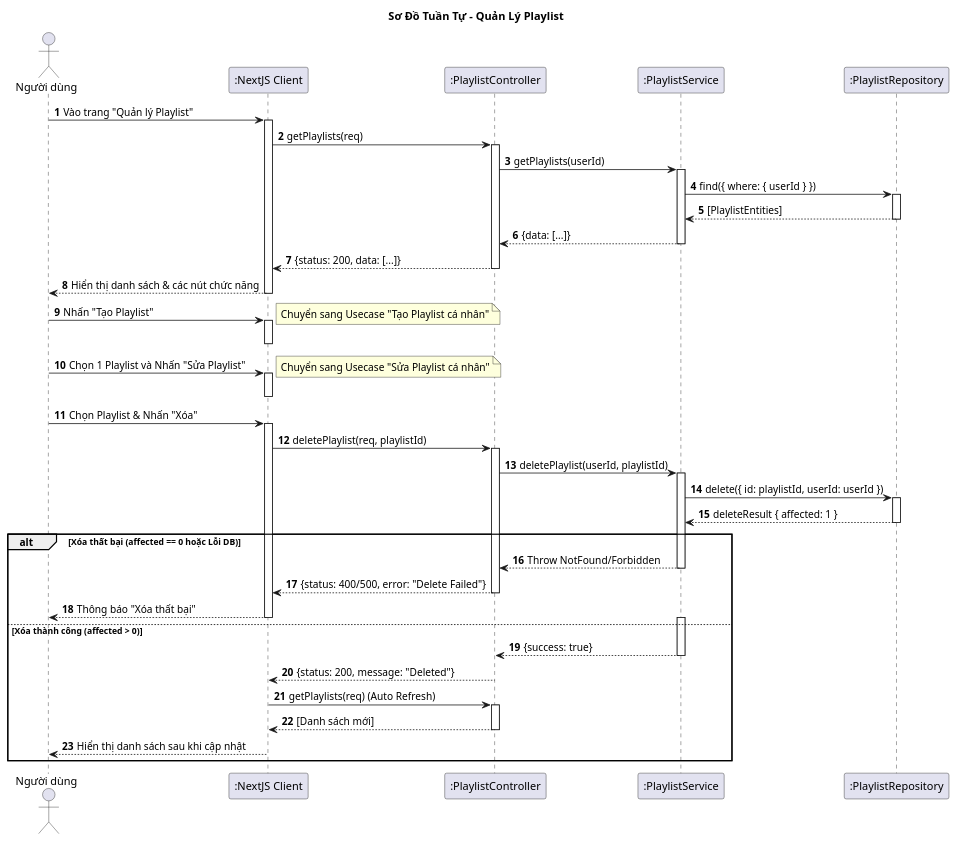
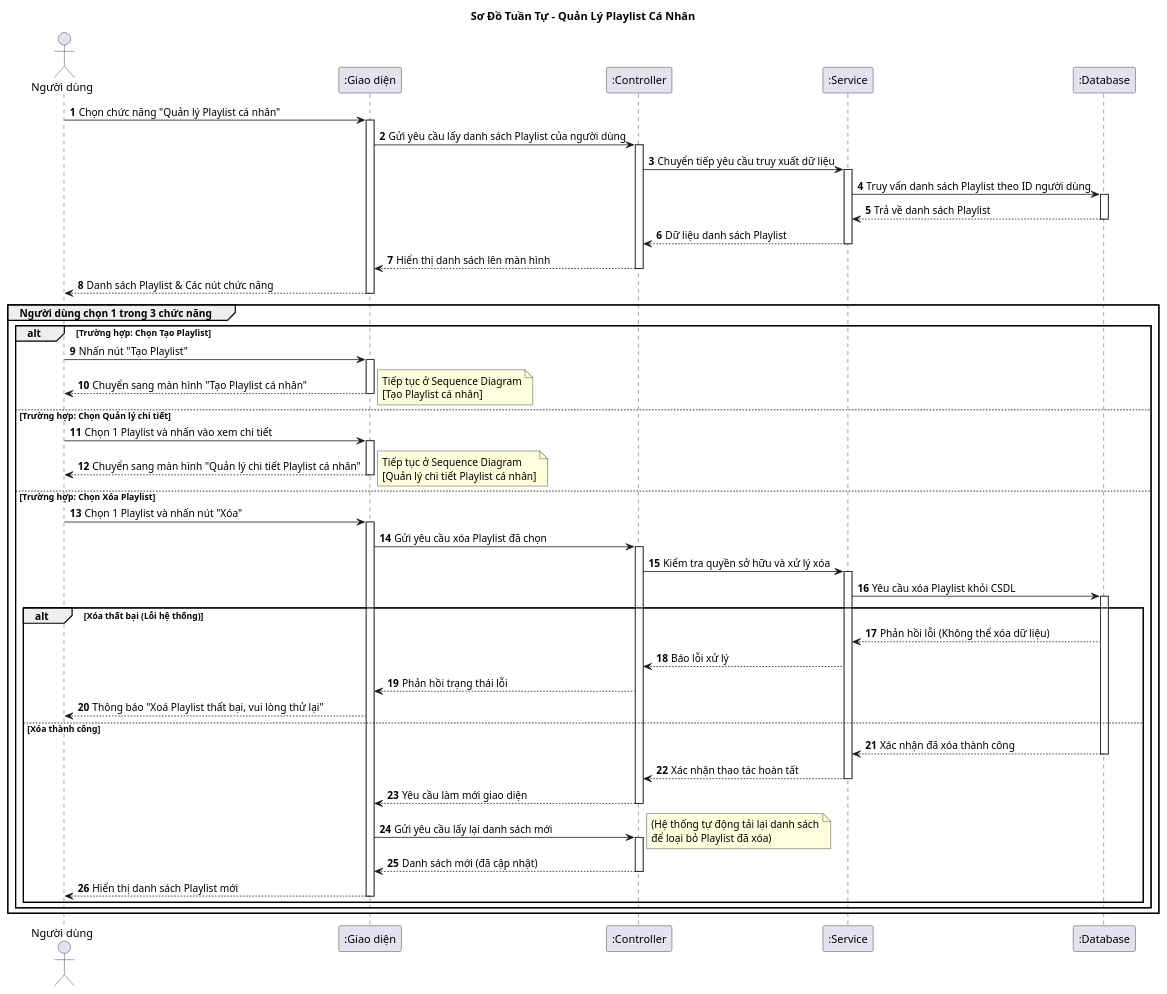
Before and after one commit to vinh047/soundwave: the diagram in Diagrams/SequenceDiagram/ManagePlaylistSD.plantuml, drawn with PlantUML. The commit also changed 37 other files, not shown here.

Commit message:
Sừa BFD, Usecase, Đặc tả, Sequence, Class

```diff
--- a/Diagrams/SequenceDiagram/ManagePlaylistSD.plantuml
+++ b/Diagrams/SequenceDiagram/ManagePlaylistSD.plantuml
@@ -1,94 +1,97 @@
-@startuml Sequence Diagram - Quản Lý Playlist 
+@startuml Sequence Diagram - Quản Lý Playlist (Thông điệp)
 
-title Sơ Đồ Tuần Tự - Quản Lý Playlist 
+title Sơ Đồ Tuần Tự - Quản Lý Playlist Cá Nhân
 
 actor "Người dùng" as User
-participant ":NextJS Client" as UI
-participant ":PlaylistController" as Controller
-participant ":PlaylistService" as Service
-participant ":PlaylistRepository" as DB
+participant ":Giao diện" as UI
+participant ":Controller" as Controller
+participant ":Service" as Service
+participant ":Database" as DB
 
 autonumber
 
-' === BƯỚC 1: TẢI DANH SÁCH ===
-User -> UI: Vào trang "Quản lý Playlist"
+' === BƯỚC 1 & 2: TẢI DANH SÁCH (Dòng sự kiện chính 1, 2) ===
+User -> UI: Chọn chức năng "Quản lý Playlist cá nhân"
 activate UI
-UI -> Controller: getPlaylists(req)
+UI -> Controller: Gửi yêu cầu lấy danh sách Playlist của người dùng
 activate Controller
-
-' Lấy userId từ token (req.user.id)
-Controller -> Service: getPlaylists(userId)
+Controller -> Service: Chuyển tiếp yêu cầu truy xuất dữ liệu
 activate Service
 
-Service -> DB: find({ where: { userId } })
+Service -> DB: Truy vấn danh sách Playlist theo ID người dùng
 activate DB
-DB --> Service: [PlaylistEntities]
+DB --> Service: Trả về danh sách Playlist
 deactivate DB
 
-Service --> Controller: {data: [...]}
+Service --> Controller: Dữ liệu danh sách Playlist
 deactivate Service
-Controller --> UI: {status: 200, data: [...]}
+Controller --> UI: Hiển thị danh sách lên màn hình
 deactivate Controller
-UI --> User: Hiển thị danh sách & các nút chức năng
+UI --> User: Danh sách Playlist & Các nút chức năng
 deactivate UI
 
-' === KỊCH BẢN 3.2: Tạo Playlist cá nhân cá nhân ===
-    User -> UI: Nhấn "Tạo Playlist"
-    activate UI
-    note right: Chuyển sang Usecase "Tạo Playlist cá nhân"
-    deactivate UI
+' === BƯỚC 3: NGƯỜI DÙNG CHỌN CHỨC NĂNG ===
+group Người dùng chọn 1 trong 3 chức năng
 
-' === KỊCH BẢN 3.2: Sửa Playlist cá nhân ===
-    User -> UI: Chọn 1 Playlist và Nhấn "Sửa Playlist"
-    activate UI
-    note right: Chuyển sang Usecase "Sửa Playlist cá nhân"
-    deactivate UI
+    ' --- Kịch bản 3.1: Tạo Playlist ---
+    alt Trường hợp: Chọn Tạo Playlist
+        User -> UI: Nhấn nút "Tạo Playlist"
+        activate UI
+        UI --> User: Chuyển sang màn hình "Tạo Playlist cá nhân"
+        note right: Tiếp tục ở Sequence Diagram\n[Tạo Playlist cá nhân]
+        deactivate UI
+    
+    ' --- Kịch bản 3.2: Quản lý chi tiết Playlist ---
+    else Trường hợp: Chọn Quản lý chi tiết
+        User -> UI: Chọn 1 Playlist và nhấn vào xem chi tiết
+        activate UI
+        UI --> User: Chuyển sang màn hình "Quản lý chi tiết Playlist cá nhân"
+        note right: Tiếp tục ở Sequence Diagram\n[Quản lý chi tiết Playlist cá nhân]
+        deactivate UI
 
-' === BƯỚC 3.3: XÓA PLAYLIST ===
-User -> UI: Chọn Playlist & Nhấn "Xóa"
-activate UI
-UI -> Controller: deletePlaylist(req, playlistId)
-activate Controller
-
-' Luôn truyền userId để check quyền
-Controller -> Service: deletePlaylist(userId, playlistId)
-activate Service
-
-' === XỬ LÝ XÓA AN TOÀN (Check Owner) ===
-' Cách 1: Dùng delete với điều kiện userId (Nhanh gọn)
-Service -> DB: delete({ id: playlistId, userId: userId })
-activate DB
-DB --> Service: deleteResult { affected: 1 }
-deactivate DB
-
-alt Xóa thất bại (affected == 0 hoặc Lỗi DB)
-    ' affected = 0 nghĩa là ID không tồn tại hoặc không phải của User này
-    Service --> Controller: Throw NotFound/Forbidden
-    deactivate Service
-    Controller --> UI: {status: 400/500, error: "Delete Failed"}
-    deactivate Controller
-    
-    UI --> User: Thông báo "Xóa thất bại"
-    deactivate UI
-
-else Xóa thành công (affected > 0)
-    ' Đã activate Service ở trên
-    activate Service
-    Service --> Controller: {success: true}
-    deactivate Service
-
-    ' === BƯỚC 4: LÀM MỚI DANH SÁCH ===
-    ' Client tự gọi lại API lấy danh sách (Logic React/NextJS chuẩn)
-    Controller --> UI: {status: 200, message: "Deleted"}
-    deactivate Controller
-    
-    UI -> Controller: getPlaylists(req) (Auto Refresh)
-    activate Controller
-    ' ... (Lặp lại quy trình lấy danh sách như Bước 1) ...
-    Controller --> UI: [Danh sách mới]
-    deactivate Controller
-    
-    UI --> User: Hiển thị danh sách sau khi cập nhật
-    deactivate UI
+    ' --- Kịch bản 3.3: Xóa Playlist ---
+    else Trường hợp: Chọn Xóa Playlist
+        User -> UI: Chọn 1 Playlist và nhấn nút "Xóa"
+        activate UI
+        
+        UI -> Controller: Gửi yêu cầu xóa Playlist đã chọn
+        activate Controller
+        
+        Controller -> Service: Kiểm tra quyền sở hữu và xử lý xóa
+        activate Service
+        
+        ' Bước 3.3 (Ghi nhận vào CSDL)
+        Service -> DB: Yêu cầu xóa Playlist khỏi CSDL
+        activate DB
+        
+        ' --- Dòng sự kiện phụ 3.3.1 ---
+        alt Xóa thất bại (Lỗi hệ thống)
+            DB --> Service: Phản hồi lỗi (Không thể xóa dữ liệu)
+            Service --> Controller: Báo lỗi xử lý
+            Controller --> UI: Phản hồi trạng thái lỗi
+            UI --> User: Thông báo "Xoá Playlist thất bại, vui lòng thử lại"
+        
+        ' --- Dòng sự kiện chính 4 ---
+        else Xóa thành công
+            DB --> Service: Xác nhận đã xóa thành công
+            deactivate DB
+            
+            Service --> Controller: Xác nhận thao tác hoàn tất
+            deactivate Service
+            
+            ' Bước 4: Cập nhật danh sách
+            Controller --> UI: Yêu cầu làm mới giao diện
+            deactivate Controller
+            
+            UI -> Controller: Gửi yêu cầu lấy lại danh sách mới
+            activate Controller
+            note right: (Hệ thống tự động tải lại danh sách\nđể loại bỏ Playlist đã xóa)
+            Controller --> UI: Danh sách mới (đã cập nhật)
+            deactivate Controller
+            
+            UI --> User: Hiển thị danh sách Playlist mới
+            deactivate UI
+        end
+    end
 end
 @enduml
```
